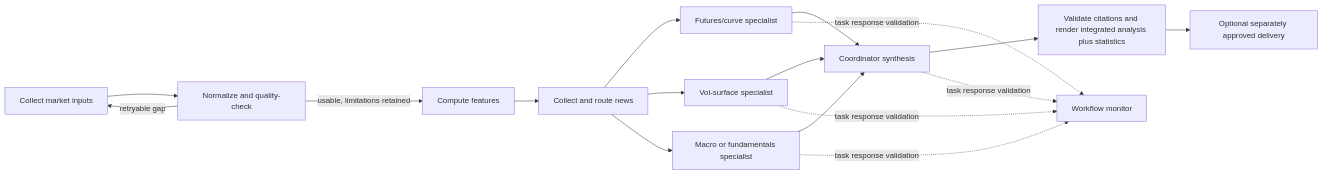
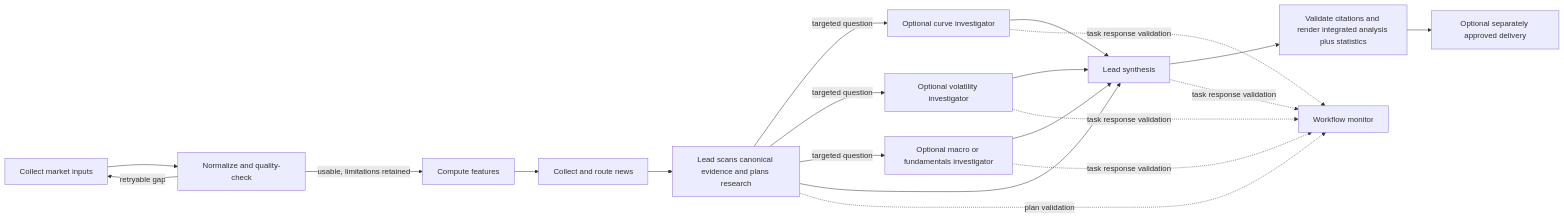
Before and after one commit to fangxuyi/curvelens-core: the diagram in docs/ANALYSIS_WORKFLOW.md, drawn with Mermaid. The commit also changed other lines of this file and 12 other files, not shown here.

Commit message:
Add targeted investigator workflow

````diff
--- a/docs/ANALYSIS_WORKFLOW.md
+++ b/docs/ANALYSIS_WORKFLOW.md
@@ -12,19 +12,22 @@
 ```mermaid
 flowchart LR
   A[Collect market inputs] --> B[Normalize and quality-check]
   B -->|retryable gap| A
   B -->|usable, limitations retained| C[Compute features]
   C --> D[Collect and route news]
-  D --> E1[Futures/curve specialist]
-  D --> E2[Vol-surface specialist]
-  D --> E3[Macro or fundamentals specialist]
-  E1 --> F[Coordinator synthesis]
+  D --> P[Lead scans canonical evidence and plans research]
+  P -->|targeted question| E1[Optional curve investigator]
+  P -->|targeted question| E2[Optional volatility investigator]
+  P -->|targeted question| E3[Optional macro or fundamentals investigator]
+  P --> F[Lead synthesis]
+  E1 --> F
   E2 --> F
   E3 --> F
   F --> G[Validate citations and render integrated analysis plus statistics]
-  E1 -. task response validation .-> M[Workflow monitor]
+  P -. plan validation .-> M[Workflow monitor]
+  E1 -. task response validation .-> M
   E2 -. task response validation .-> M
   E3 -. task response validation .-> M
   F -. task response validation .-> M
   G --> H[Optional separately approved delivery]
 ```
````
